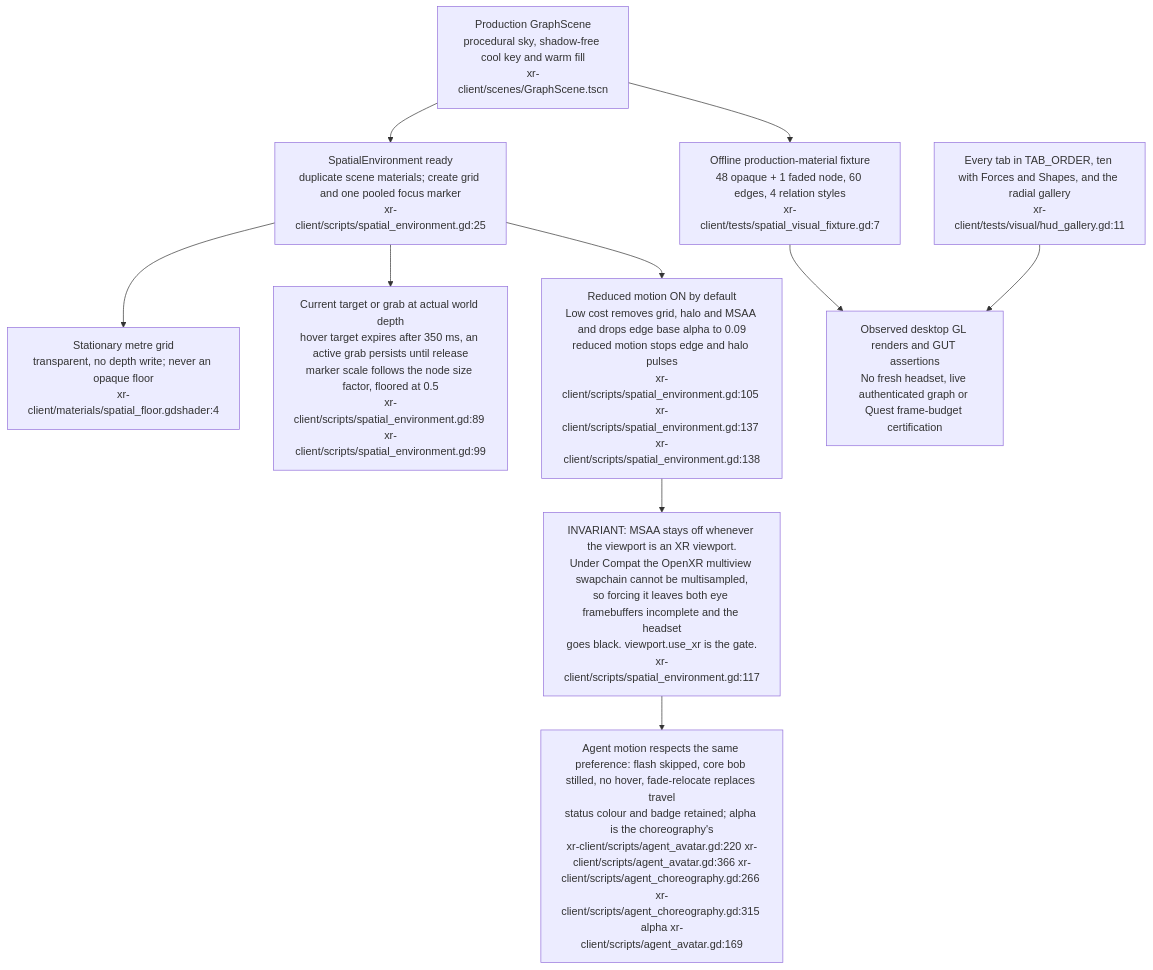
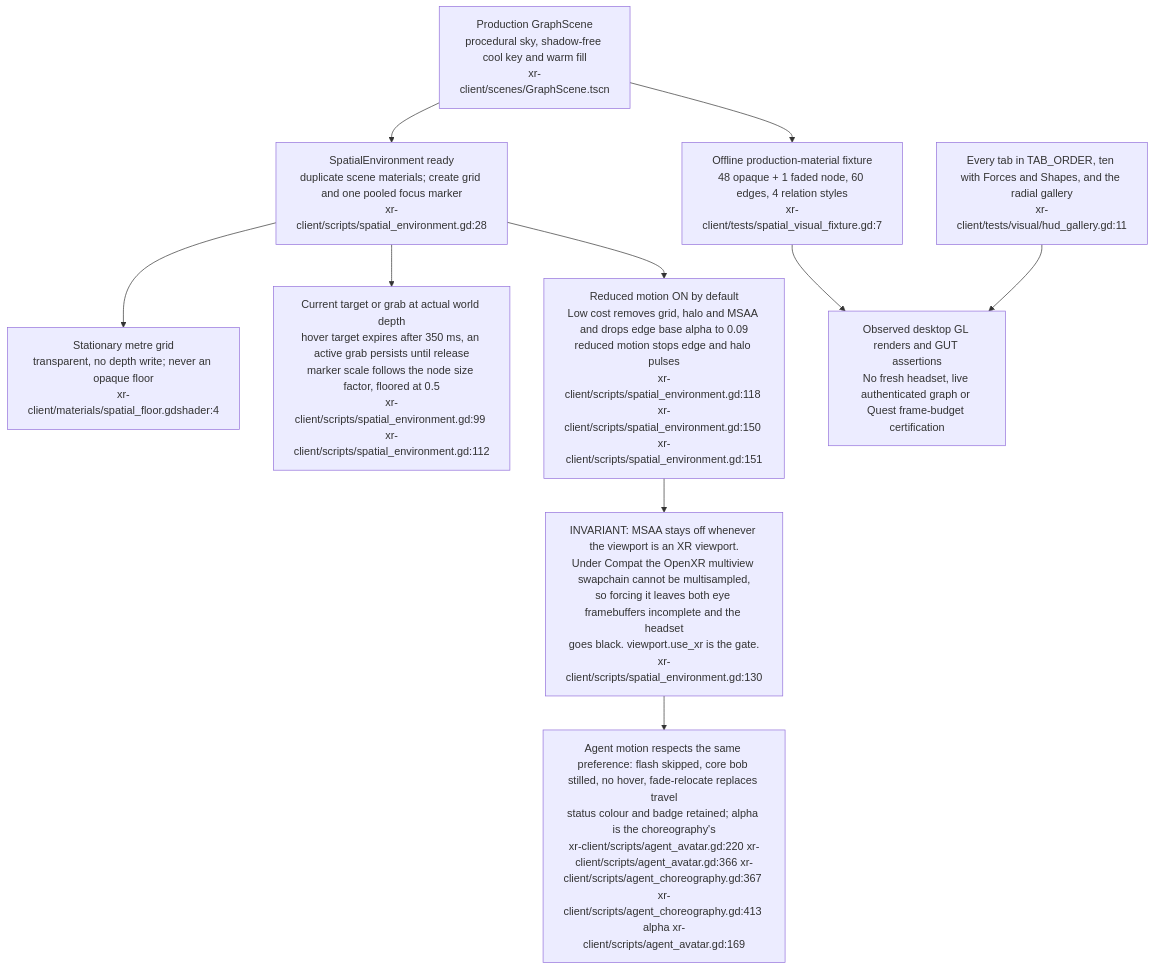
Diagram 19 of 27 in docs/diagrams/visionclaw/36-godot-xr-client.md (DreamLab-AI/VisionFlow), drawn with Mermaid before and after one commit. The commit also changed other lines of this file and 173 other files, not shown here.

````diff
--- a/docs/diagrams/visionclaw/36-godot-xr-client.md
+++ b/docs/diagrams/visionclaw/36-godot-xr-client.md
@@ -954,22 +968,22 @@
 ```mermaid
 flowchart TB
     Scene["Production GraphScene<br/>procedural sky, shadow-free cool key and warm fill<br/>xr-client/scenes/GraphScene.tscn"]
-    Env["SpatialEnvironment ready<br/>duplicate scene materials; create grid and one pooled focus marker<br/>xr-client/scripts/spatial_environment.gd:25"]
+    Env["SpatialEnvironment ready<br/>duplicate scene materials; create grid and one pooled focus marker<br/>xr-client/scripts/spatial_environment.gd:28"]
     Grid["Stationary metre grid<br/>transparent, no depth write; never an opaque floor<br/>xr-client/materials/spatial_floor.gdshader:4"]
-    Focus["Current target or grab at actual world depth<br/>hover target expires after 350 ms, an active grab persists until release<br/>marker scale follows the node size factor, floored at 0.5<br/>xr-client/scripts/spatial_environment.gd:89 xr-client/scripts/spatial_environment.gd:99"]
-    Comfort["Reduced motion ON by default<br/>Low cost removes grid, halo and MSAA and drops edge base alpha to 0.09<br/>reduced motion stops edge and halo pulses<br/>xr-client/scripts/spatial_environment.gd:105 xr-client/scripts/spatial_environment.gd:137 xr-client/scripts/spatial_environment.gd:138"]
-    MSAA["INVARIANT: MSAA stays off whenever the viewport is an XR viewport.<br/>Under Compat the OpenXR multiview swapchain cannot be multisampled,<br/>so forcing it leaves both eye framebuffers incomplete and the headset<br/>goes black. viewport.use_xr is the gate.<br/>xr-client/scripts/spatial_environment.gd:117"]
-    Agents["Agent motion respects the same preference: flash skipped, core bob stilled, no hover, fade-relocate replaces travel<br/>status colour and badge retained; alpha is the choreography's<br/>xr-client/scripts/agent_avatar.gd:220 xr-client/scripts/agent_avatar.gd:366 xr-client/scripts/agent_choreography.gd:266 xr-client/scripts/agent_choreography.gd:315 alpha xr-client/scripts/agent_avatar.gd:169"]
+    Focus["Current target or grab at actual world depth<br/>hover target expires after 350 ms, an active grab persists until release<br/>marker scale follows the node size factor, floored at 0.5<br/>xr-client/scripts/spatial_environment.gd:99 xr-client/scripts/spatial_environment.gd:112"]
+    Comfort["Reduced motion ON by default<br/>Low cost removes grid, halo and MSAA and drops edge base alpha to 0.09<br/>reduced motion stops edge and halo pulses<br/>xr-client/scripts/spatial_environment.gd:118 xr-client/scripts/spatial_environment.gd:150 xr-client/scripts/spatial_environment.gd:151"]
+    MSAA["INVARIANT: MSAA stays off whenever the viewport is an XR viewport.<br/>Under Compat the OpenXR multiview swapchain cannot be multisampled,<br/>so forcing it leaves both eye framebuffers incomplete and the headset<br/>goes black. viewport.use_xr is the gate.<br/>xr-client/scripts/spatial_environment.gd:130"]
+    Agents["Agent motion respects the same preference: flash skipped, core bob stilled, no hover, fade-relocate replaces travel<br/>status colour and badge retained; alpha is the choreography's<br/>xr-client/scripts/agent_avatar.gd:220 xr-client/scripts/agent_avatar.gd:366 xr-client/scripts/agent_choreography.gd:367 xr-client/scripts/agent_choreography.gd:413 alpha xr-client/scripts/agent_avatar.gd:169"]
     Fixture["Offline production-material fixture<br/>48 opaque + 1 faded node, 60 edges, 4 relation styles<br/>xr-client/tests/spatial_visual_fixture.gd:7"]
     Gallery["Every tab in TAB_ORDER, ten with Forces and Shapes, and the radial gallery<br/>xr-client/tests/visual/hud_gallery.gd:11"]
     Limits["Observed desktop GL renders and GUT assertions<br/>No fresh headset, live authenticated graph or Quest frame-budget certification"]
     Scene --> Env
     Env --> Grid
     Env --> Focus
     Env --> Comfort
     Comfort --> MSAA
     MSAA --> Agents
     Scene --> Fixture
     Fixture --> Limits
     Gallery --> Limits
 ```
````
